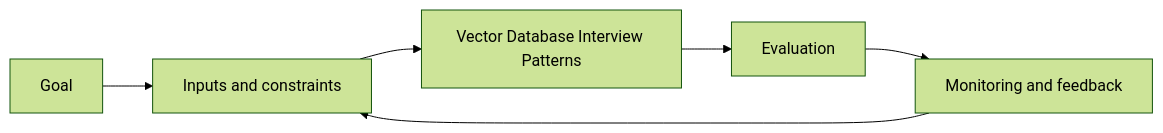
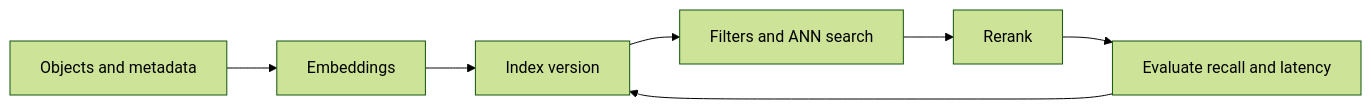
One commit to Icon1cc/Machine-Learning changed the diagram in vector-databases/10-vector-database-interview-patterns.md. Above: the diagram before and after it, drawn with Mermaid (forest theme). The commit also changed other lines of this file and 20 other files, not shown here.

````diff
--- a/vector-databases/10-vector-database-interview-patterns.md
+++ b/vector-databases/10-vector-database-interview-patterns.md
@@ -93,8 +99,9 @@
 ```mermaid
 flowchart LR
-    A[Goal] --> B[Inputs and constraints]
-    B --> C[Vector Database Interview Patterns]
-    C --> D[Evaluation]
-    D --> E[Monitoring and feedback]
-    E --> B
+    A[Objects and metadata] --> B[Embeddings]
+    B --> C[Index version]
+    C --> D[Filters and ANN search]
+    D --> E[Rerank]
+    E --> F[Evaluate recall and latency]
+    F --> C
 ```
````
